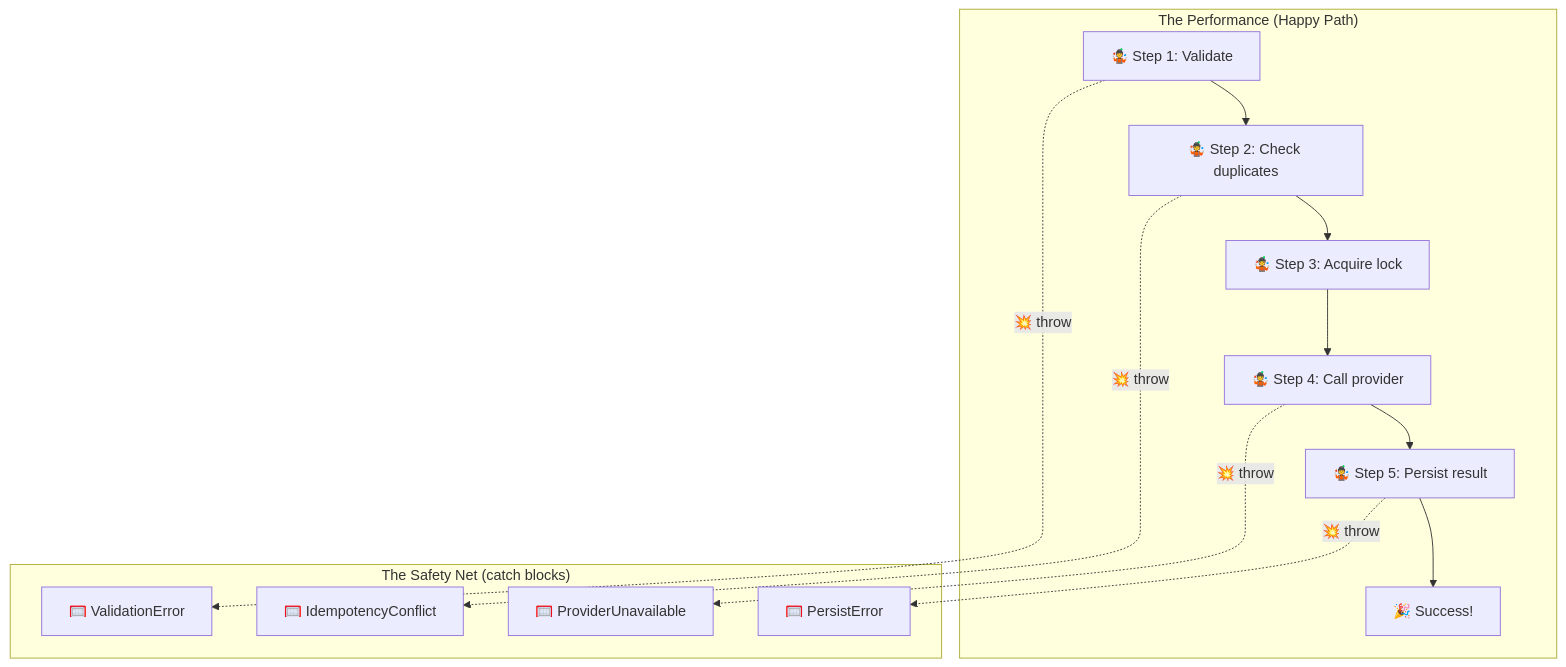
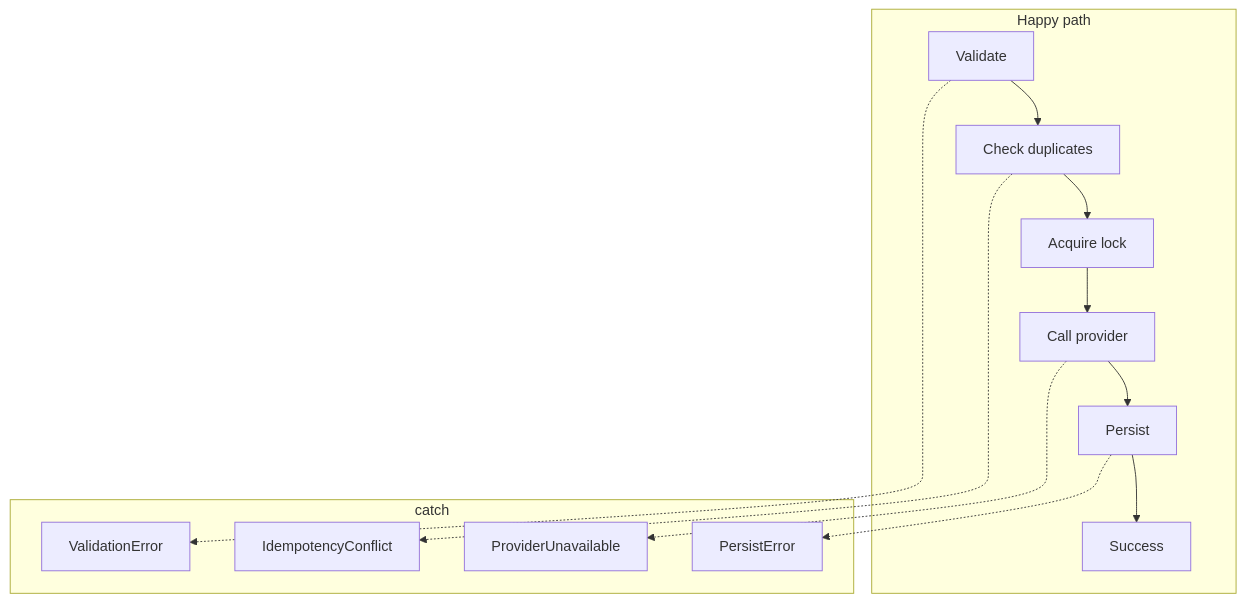
Before and after one commit to jagreehal/trycatch-vs-neverthrow-vs-effect: the third of 6 diagrams in README.md, drawn with Mermaid. The commit also changed other lines of this file and 15 other files, not shown here.

````diff
--- a/README.md
+++ b/README.md
@@ -253,24 +136,24 @@
 ```mermaid
 flowchart TD
-    subgraph "The Performance (Happy Path)"
-        P1["🤹 Step 1: Validate"]
-        P2["🤹 Step 2: Check duplicates"]
-        P3["🤹 Step 3: Acquire lock"]
-        P4["🤹 Step 4: Call provider"]
-        P5["🤹 Step 5: Persist result"]
-        P6["🎉 Success!"]
+    subgraph happy [Happy path]
+        P1[Validate]
+        P2[Check duplicates]
+        P3[Acquire lock]
+        P4[Call provider]
+        P5[Persist]
+        P6[Success]
         P1 --> P2 --> P3 --> P4 --> P5 --> P6
     end
 
-    subgraph "The Safety Net (catch blocks)"
-        N1["🥅 ValidationError"]
-        N2["🥅 IdempotencyConflict"]
-        N3["🥅 ProviderUnavailable"]
-        N4["🥅 PersistError"]
+    subgraph net [catch]
+        N1[ValidationError]
+        N2[IdempotencyConflict]
+        N3[ProviderUnavailable]
+        N4[PersistError]
     end
 
-    P1 -."💥 throw".-> N1
-    P2 -."💥 throw".-> N2
-    P4 -."💥 throw".-> N3
-    P5 -."💥 throw".-> N4
+    P1 -.-> N1
+    P2 -.-> N2
+    P4 -.-> N3
+    P5 -.-> N4
 ```
````
